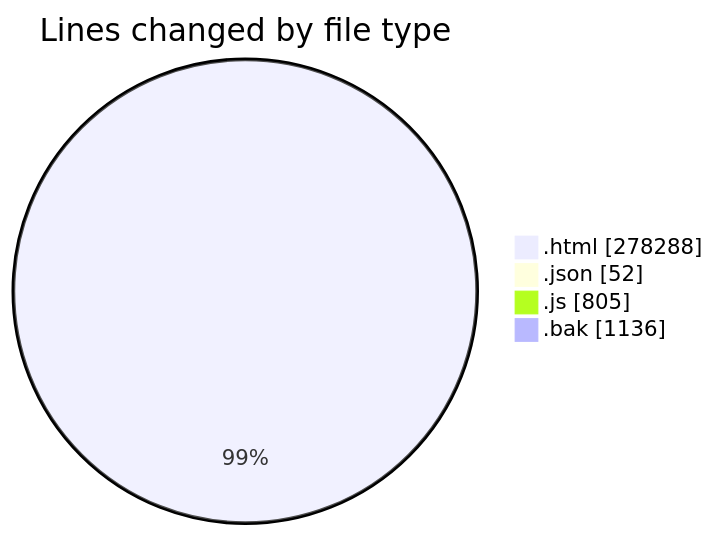
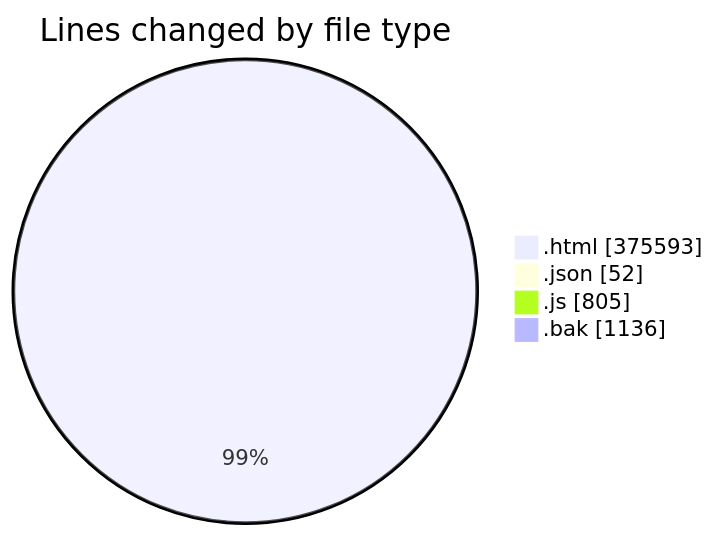
One commit to vahidmafi/code-tracking changed the first of 2 diagrams in 2025-09-16/www/README.md. Above: the diagram before and after it, drawn with Mermaid. The commit also changed other lines of this file and 1 other file, not shown here.

````diff
--- a/2025-09-16/www/README.md
+++ b/2025-09-16/www/README.md
@@ -402,8 +538,8 @@
 ```mermaid
 pie showData
 title Lines changed by file type
-".html" : 278288
+".html" : 375593
 ".json" : 52
 ".js" : 805
 ".bak" : 1136
 ```
````
